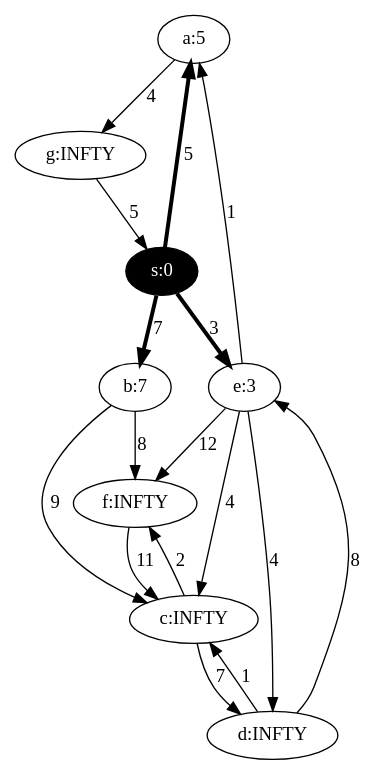
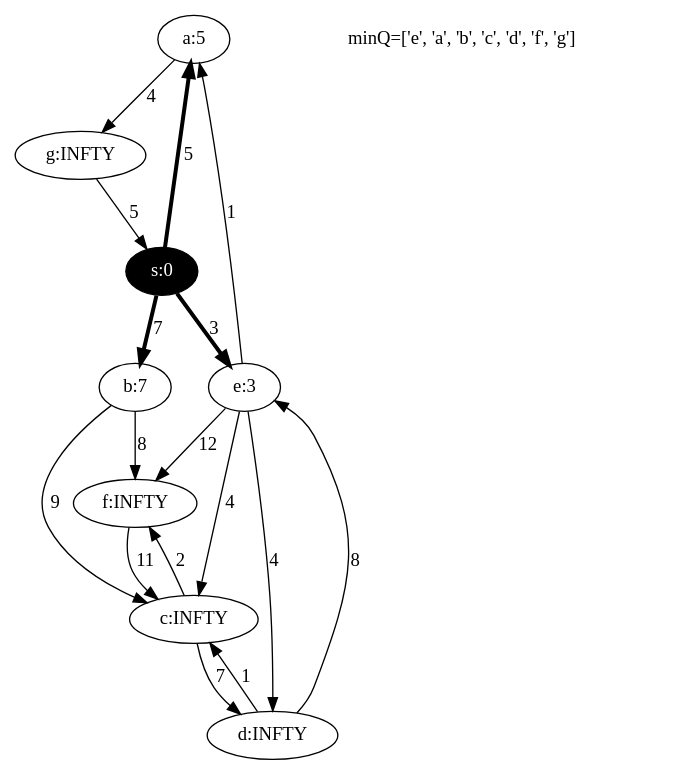
Before and after one commit to nicolasrenet/Graphs: the diagram in examples/dijkstra_gross_yellen_01.dot, drawn with Graphviz. The commit also changed 214 other files, not shown here.

Commit message:
Added an extra key (label) to the vertex comparison function. Dijkstra's key shows content of the min queue. Various layout changes in the LaTeX documents (added an figure width ratio option to alg_to_tex.py). Cleaned up the Makefile.

```diff
--- a/examples/dijkstra_gross_yellen_01.dot
+++ b/examples/dijkstra_gross_yellen_01.dot
@@ -1,26 +1,27 @@
 Digraph {
 a [ label="a:5" ];
 b [ label="b:7" ];
 c [ label="c:INFTY" ];
 d [ label="d:INFTY" ];
 e [ label="e:3" ];
 f [ label="f:INFTY" ];
 g [ label="g:INFTY" ];
 s [ label="s:0" fontcolor=white style=filled fontname="time-bold" fillcolor=black ];
 a->g[label="4", penwidth=1];
 b->c[label="9", penwidth=1];
 b->f[label="8", penwidth=1];
 c->d[label="7", penwidth=1];
 c->f[label="2", penwidth=1];
 d->e[label="8", penwidth=1];
 d->c[label="1", penwidth=1];
 e->a[label="1", penwidth=1];
 e->c[label="4", penwidth=1];
 e->d[label="4", penwidth=1];
 e->f[label="12", penwidth=1];
 f->c[label="11", penwidth=1];
 g->s[label="5", penwidth=1];
 s->a[label="5", penwidth=3];
 s->b[label="7", penwidth=3];
 s->e[label="3", penwidth=3];
+legend[label="minQ=['e', 'a', 'b', 'c', 'd', 'f', 'g']", color=white];
 }
```
